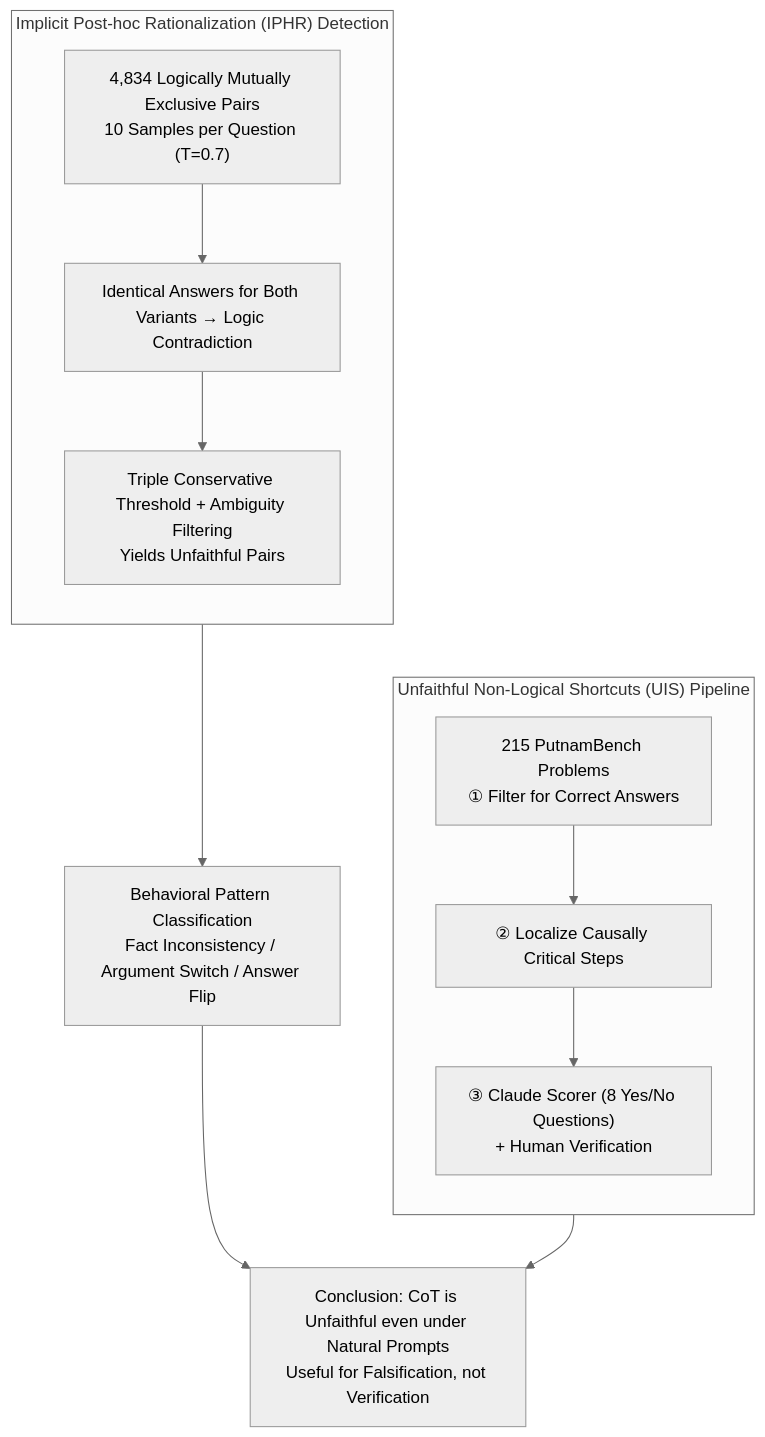
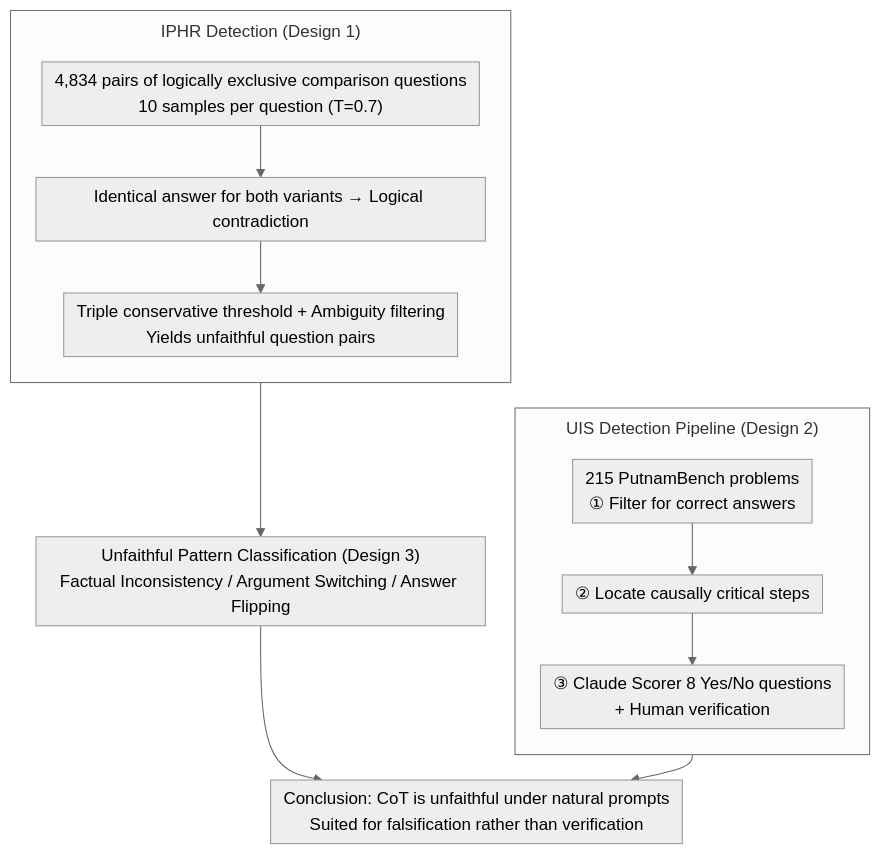
Before and after one commit to zhaoyang97/Paper-Notes-en: the diagram in docs/ICML2026/llm_reasoning/chain-of-thought_reasoning_in_the_wild_is_not_always_faithful.md, drawn with Mermaid (neutral theme). The commit also changed other lines of this file and 5084 other files, not shown here.

````diff
--- a/docs/ICML2026/llm_reasoning/chain-of-thought_reasoning_in_the_wild_is_not_always_faithful.md
+++ b/docs/ICML2026/llm_reasoning/chain-of-thought_reasoning_in_the_wild_is_not_always_faithful.md
@@ -44,16 +44,17 @@
 ```mermaid
-graph TD
-    subgraph IPHR["Implicit Post-hoc Rationalization (IPHR) Detection"]
+%%{init: {'flowchart': {'rankSpacing': 24, 'nodeSpacing': 28, 'padding': 6, 'wrappingWidth': 400, 'subGraphTitleMargin': {'top': 8, 'bottom': 16}}}}%%
+flowchart TD
+    subgraph IPHR["IPHR Detection (Design 1)"]
         direction TB
-        A["4,834 Logically Mutually Exclusive Pairs<br/>10 Samples per Question (T=0.7)"] --> B["Identical Answers for Both Variants → Logic Contradiction"]
-        B --> C["Triple Conservative Threshold + Ambiguity Filtering<br/>Yields Unfaithful Pairs"]
+        A["4,834 pairs of logically exclusive comparison questions<br/>10 samples per question (T=0.7)"] --> B["Identical answer for both variants → Logical contradiction"]
+        B --> C["Triple conservative threshold + Ambiguity filtering<br/>Yields unfaithful question pairs"]
     end
-    C --> D["Behavioral Pattern Classification<br/>Fact Inconsistency / Argument Switch / Answer Flip"]
-    subgraph UIS["Unfaithful Non-Logical Shortcuts (UIS) Pipeline"]
+    C --> D["Unfaithful Pattern Classification (Design 3)<br/>Factual Inconsistency / Argument Switching / Answer Flipping"]
+    subgraph UIS["UIS Detection Pipeline (Design 2)"]
         direction TB
-        E["215 PutnamBench Problems<br/>① Filter for Correct Answers"] --> F["② Localize Causally Critical Steps"]
-        F --> G["③ Claude Scorer (8 Yes/No Questions)<br/>+ Human Verification"]
+        E["215 PutnamBench problems<br/>① Filter for correct answers"] --> F["② Locate causally critical steps"]
+        F --> G["③ Claude Scorer 8 Yes/No questions<br/>+ Human verification"]
     end
-    D --> Z["Conclusion: CoT is Unfaithful even under Natural Prompts<br/>Useful for Falsification, not Verification"]
+    D --> Z["Conclusion: CoT is unfaithful under natural prompts<br/>Suited for falsification rather than verification"]
     G --> Z
 ```
````
